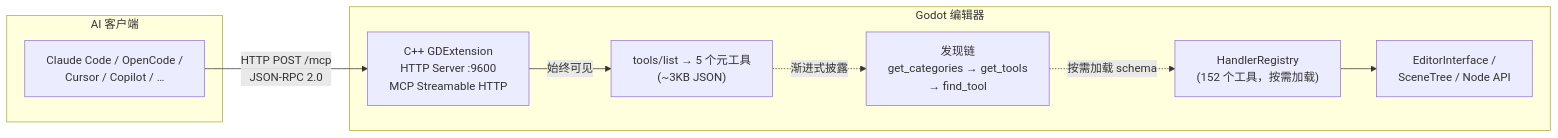
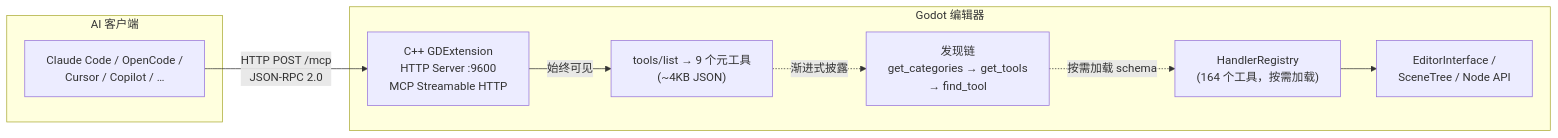
One commit to jesspig/GodotMCP-GDExtension changed the diagram in README-zh.md. Above: the diagram before and after it, drawn with Mermaid. The commit also changed other lines of this file and 27 other files, not shown here.

````diff
--- a/README-zh.md
+++ b/README-zh.md
@@ -13,20 +13,20 @@
 ```mermaid
 graph LR
     subgraph AI["AI 客户端"]
         Client["Claude Code / OpenCode /<br/>Cursor / Copilot / …"]
     end
 
     subgraph GodotProc["Godot 编辑器"]
         HTTP["C++ GDExtension<br/>HTTP Server :9600<br/>MCP Streamable HTTP"]
-        Meta["tools/list → 5 个元工具<br/>(~3KB JSON)"]
+        Meta["tools/list → 9 个元工具<br/>(~4KB JSON)"]
         Discover["发现链<br/>get_categories → get_tools<br/>→ find_tool"]
-        Registry["HandlerRegistry<br/>(152 个工具，按需加载)"]
+        Registry["HandlerRegistry<br/>(164 个工具，按需加载)"]
         Editor["EditorInterface /<br/>SceneTree / Node API"]
     end
 
     Client -->|HTTP POST /mcp<br/>JSON-RPC 2.0| HTTP
     HTTP -->|始终可见| Meta
     Meta -.->|渐进式披露| Discover
     Discover -.->|按需加载 schema| Registry
     Registry --> Editor
 ```
````
